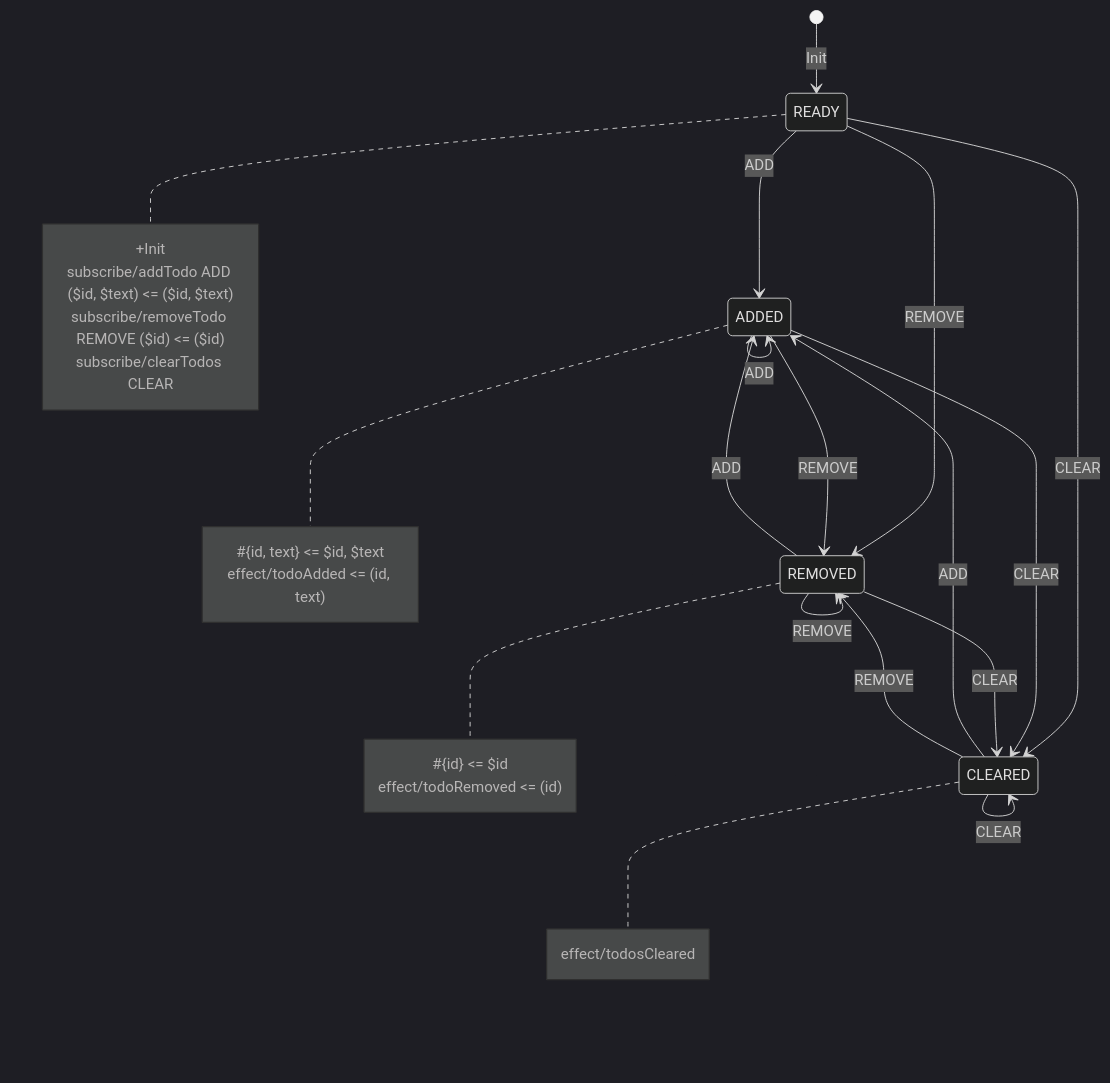
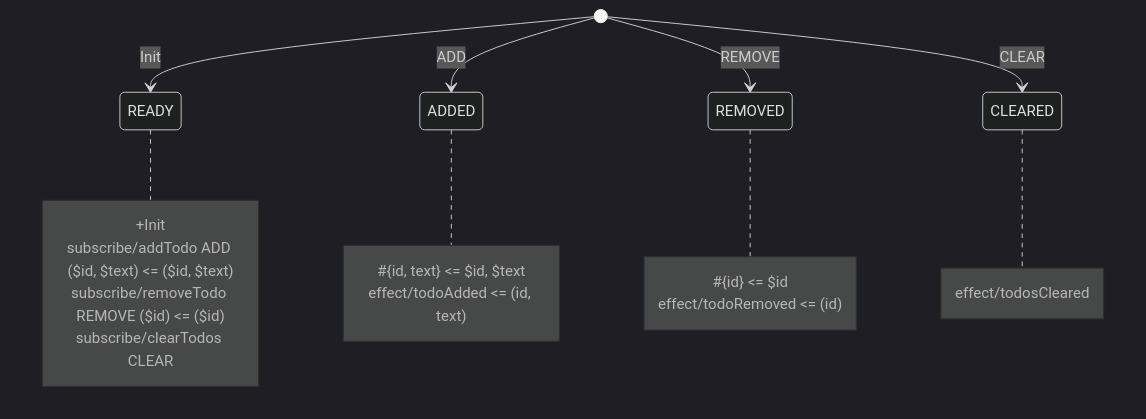
One commit to tfcp68/yantrix changed the diagram in docs/examples/1000_todo.md. Above: the diagram before and after it, drawn with Mermaid (dark theme). The commit also changed 12 other files, not shown here.

````diff
--- a/docs/examples/1000_todo.md
+++ b/docs/examples/1000_todo.md
@@ -33,38 +33,29 @@
 ```mermaid
 stateDiagram-v2
   [*] --> READY: Init
 
-  READY --> ADDED: ADD
-  READY --> REMOVED: REMOVE
-  READY --> CLEARED: CLEAR
-  ADDED --> ADDED: ADD
-  ADDED --> REMOVED: REMOVE
-  ADDED --> CLEARED: CLEAR
-  REMOVED --> ADDED: ADD
-  REMOVED --> REMOVED: REMOVE
-  REMOVED --> CLEARED: CLEAR
-  CLEARED --> ADDED: ADD
-  CLEARED --> REMOVED: REMOVE
-  CLEARED --> CLEARED: CLEAR
+  [*] --> ADDED: ADD
+  [*] --> REMOVED: REMOVE
+  [*] --> CLEARED: CLEAR
 
   note right of READY
     +Init
     subscribe/addTodo ADD ($id, $text) <= ($id, $text)
     subscribe/removeTodo REMOVE ($id) <= ($id)
     subscribe/clearTodos CLEAR
   end note
 
   note right of ADDED
     #{id, text} <= $id, $text
     effect/todoAdded <= (id, text)
   end note
 
   note right of REMOVED
     #{id} <= $id
     effect/todoRemoved <= (id)
   end note
 
   note right of CLEARED
     effect/todosCleared
   end note
 ```
````
